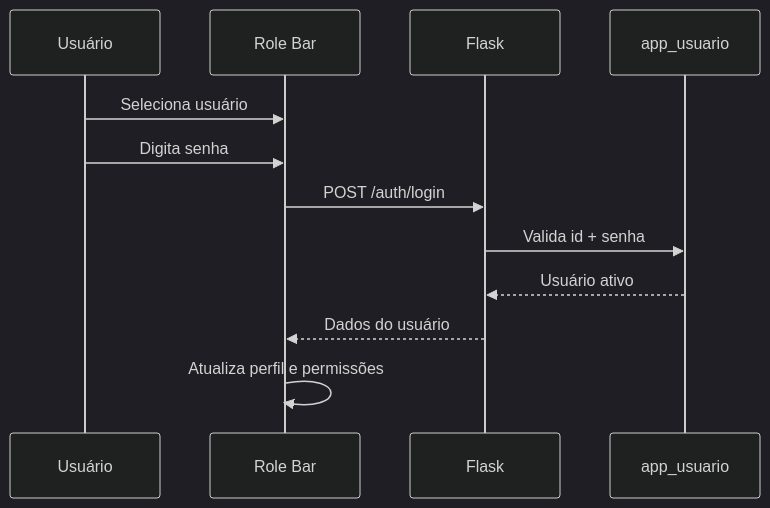
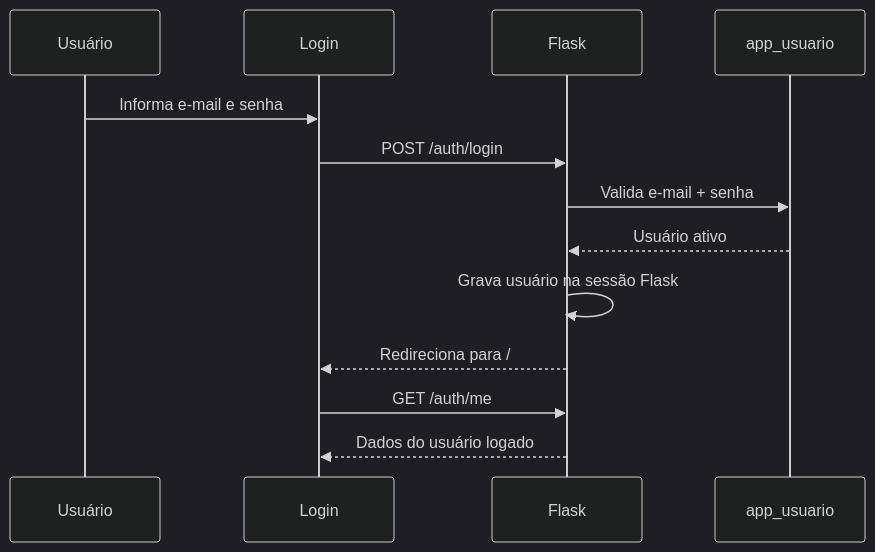
One commit to Thiago64ga/projeto-comercial-DB changed the diagram in docs/permissoes.md. Above: the diagram before and after it, drawn with Mermaid (dark theme). The commit also changed other lines of this file and 26 other files, not shown here.

````diff
--- a/docs/permissoes.md
+++ b/docs/permissoes.md
@@ -101,15 +98,16 @@
 ```mermaid
 sequenceDiagram
     participant U as Usuário
-    participant UI as Role Bar
+    participant UI as Login
     participant API as Flask
     participant DB as app_usuario
 
-    U->>UI: Seleciona usuário
-    U->>UI: Digita senha
+    U->>UI: Informa e-mail e senha
     UI->>API: POST /auth/login
-    API->>DB: Valida id + senha
+    API->>DB: Valida e-mail + senha
     DB-->>API: Usuário ativo
-    API-->>UI: Dados do usuário
-    UI->>UI: Atualiza perfil e permissões
+    API->>API: Grava usuário na sessão Flask
+    API-->>UI: Redireciona para /
+    UI->>API: GET /auth/me
+    API-->>UI: Dados do usuário logado
 ```
````
